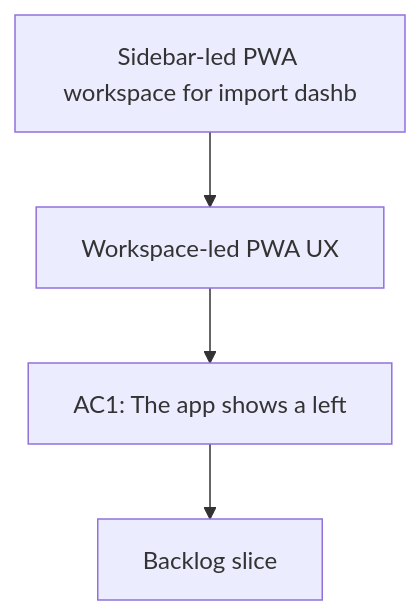
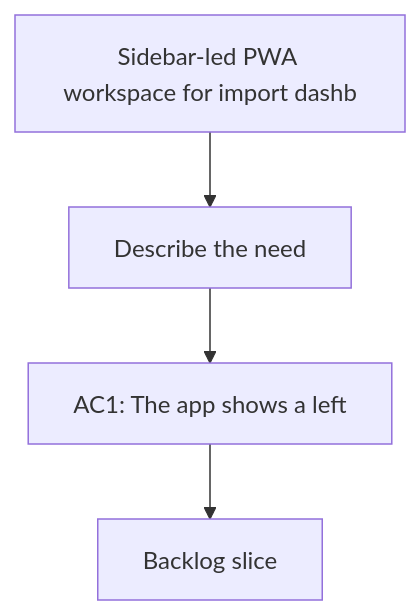
Before and after one commit to Jilanos/Coach_garmin: the diagram in logics/request/req_011_sidebar_led_pwa_workspace_for_import_dashboard_coach_terminal_and_settings.md, drawn with Mermaid. The commit also changed 36 other files, not shown here.

````diff
--- a/logics/request/req_011_sidebar_led_pwa_workspace_for_import_dashboard_coach_terminal_and_settings.md
+++ b/logics/request/req_011_sidebar_led_pwa_workspace_for_import_dashboard_coach_terminal_and_settings.md
@@ -54,8 +54,8 @@
 ```mermaid
 %% logics-kind: request
 %% logics-signature: request|sidebar-led-pwa-workspace-for-import-das|describe-the-need|ac1-the-app-shows-a-left
 flowchart TD
-    Trigger[Sidebar-led PWA workspace for import dashb] --> Need[Workspace-led PWA UX]
+    Trigger[Sidebar-led PWA workspace for import dashb] --> Need[Describe the need]
     Need --> Outcome[AC1: The app shows a left]
     Outcome --> Backlog[Backlog slice]
 ```
````
